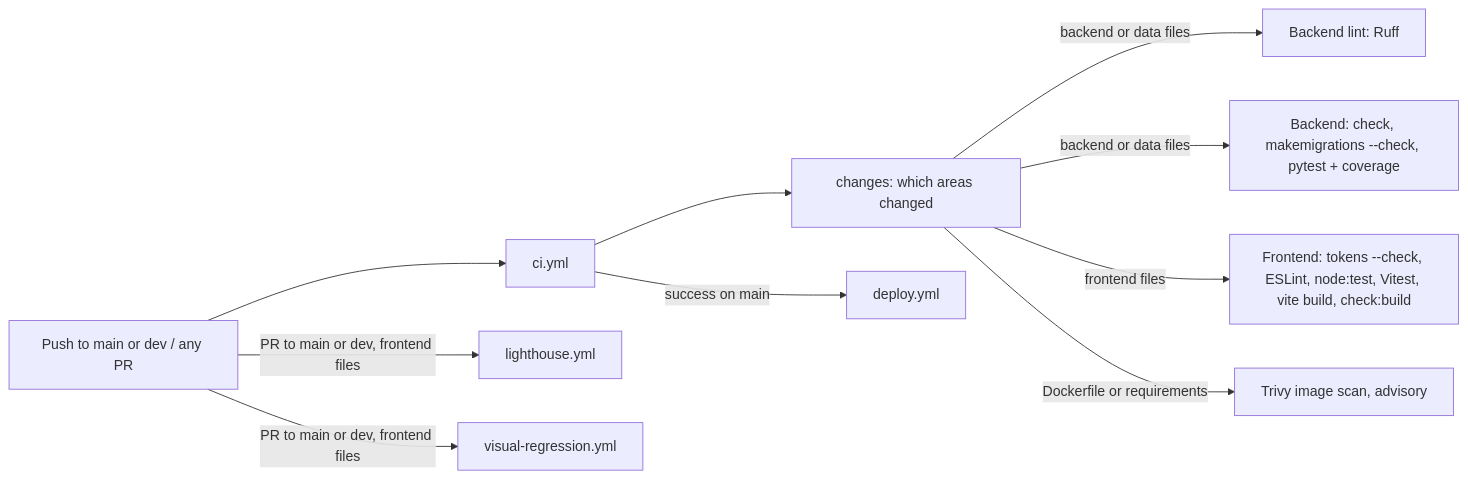
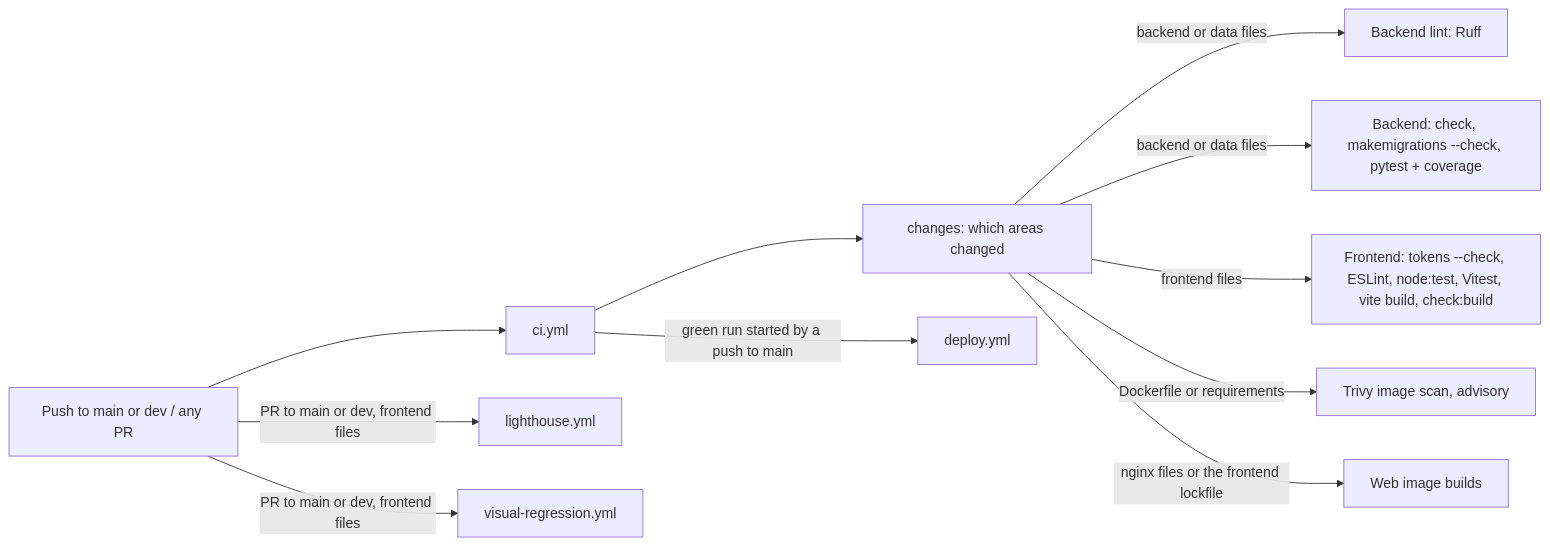
One commit to armanhm/Lingaru changed the diagram in docs/wiki/Testing-and-CI.md. Above: the diagram before and after it, drawn with Mermaid. The commit also changed other lines of this file and 4 other files, not shown here.

First line of the commit message:
ci: always run every job on pushes, deploy only after push runs

````diff
--- a/docs/wiki/Testing-and-CI.md
+++ b/docs/wiki/Testing-and-CI.md
@@ -9,12 +9,13 @@
 ```mermaid
 flowchart LR
   PR[Push to main or dev / any PR] --> CI[ci.yml]
   CI --> CH[changes: which areas changed]
   CH -->|backend or data files| BL[Backend lint: Ruff]
   CH -->|backend or data files| BT[Backend: check, makemigrations --check, pytest + coverage]
   CH -->|frontend files| FE[Frontend: tokens --check, ESLint, node:test, Vitest, vite build, check:build]
   CH -->|Dockerfile or requirements| TV[Trivy image scan, advisory]
+  CH -->|nginx files or the frontend lockfile| WI[Web image builds]
   PR -->|PR to main or dev, frontend files| LH[lighthouse.yml]
   PR -->|PR to main or dev, frontend files| VR[visual-regression.yml]
-  CI -->|success on main| DEP[deploy.yml]
+  CI -->|green run started by a push to main| DEP[deploy.yml]
 ```
````
